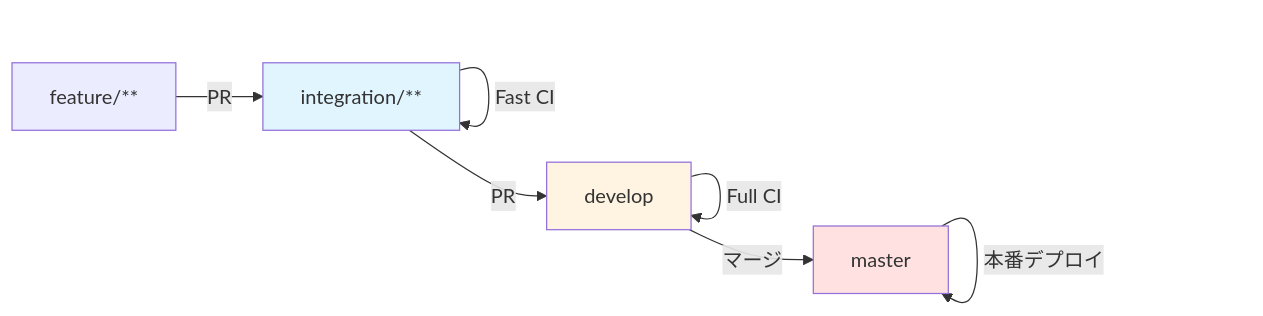
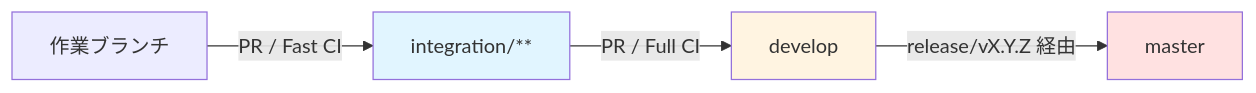
One commit to nagiyu/nagiyu-platform changed the diagram in docs/branching.md. Above: the diagram before and after it, drawn with Mermaid. The commit also changed other lines of this file and 2 other files, not shown here.

````diff
--- a/docs/branching.md
+++ b/docs/branching.md
@@ -144,13 +111,10 @@
 ```mermaid
 graph LR
-    A[feature/**] -->|PR| B[integration/**]
-    B -->|Fast CI| B
-    B -->|PR| C[develop]
-    C -->|Full CI| C
-    C -->|マージ| D[master]
-    D -->|本番デプロイ| D
+    A[作業ブランチ] -->|PR / Fast CI| B[integration/**]
+    B -->|PR / Full CI| C[develop]
+    C -->|release/vX.Y.Z 経由| D[master]
 
     style B fill:#e1f5ff
     style C fill:#fff4e1
     style D fill:#ffe1e1
 ```
````
